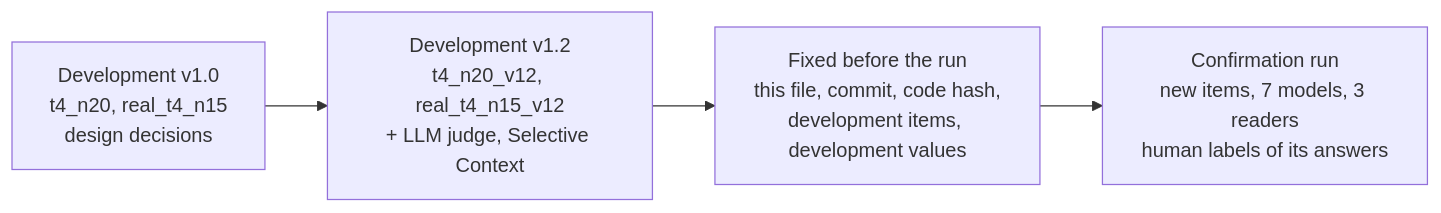
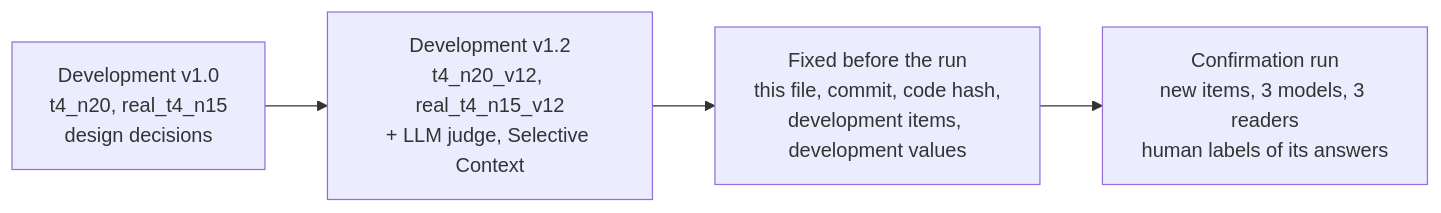
The first of 2 diagrams in docs/PROTOCOL.md (DanielVyazhev/llm-water-map), drawn with Mermaid before and after one commit. The commit also changed other lines of this file and 29 other files, not shown here.

First line of the commit message:
v1.2.5: confirmation run on an A100 server with local models; H1 thresholds per truth set; reader comparison

````diff
--- a/docs/PROTOCOL.md
+++ b/docs/PROTOCOL.md
@@ -5,6 +5,6 @@
 ```mermaid
 flowchart LR
     D1["Development v1.0<br>t4_n20, real_t4_n15<br>design decisions"] --> D2["Development v1.2<br>t4_n20_v12, real_t4_n15_v12<br>+ LLM judge, Selective Context"]
     D2 --> R["Fixed before the run<br>this file, commit, code hash,<br>development items, development values"]
-    R --> C["Confirmation run<br>new items, 7 models, 3 readers<br>human labels of its answers"]
+    R --> C["Confirmation run<br>new items, 3 models, 3 readers<br>human labels of its answers"]
 ```
````
